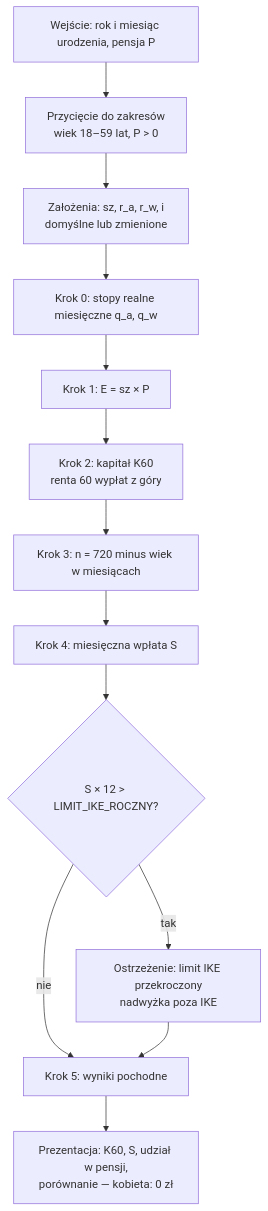
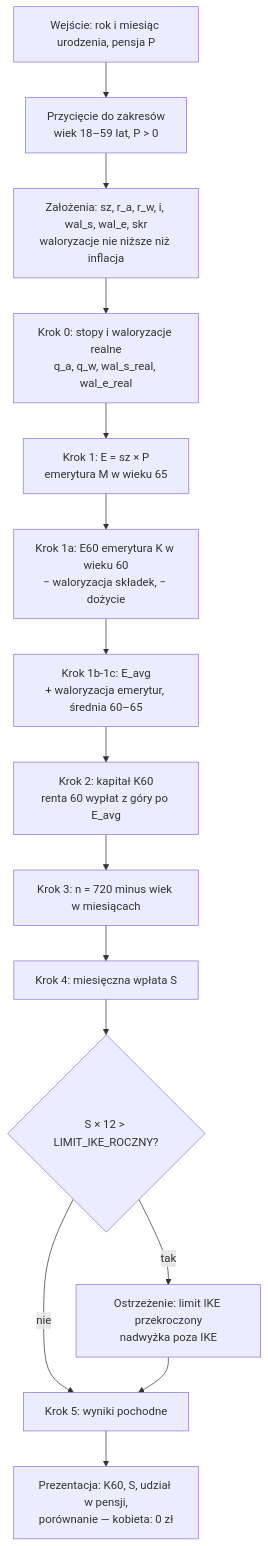
One commit to karol-gro/meska-emerytura changed the diagram in docs/IKE-ALGORYTM.md. Above: the diagram before and after it, drawn with Mermaid. The commit also changed other lines of this file and 13 other files, not shown here.

````diff
--- a/docs/IKE-ALGORYTM.md
+++ b/docs/IKE-ALGORYTM.md
@@ -125,15 +192,17 @@
 ```mermaid
 flowchart TD
     A[Wejście: rok i miesiąc urodzenia, pensja P] --> B[Przycięcie do zakresów<br/>wiek 18–59 lat, P > 0]
-    B --> C[Założenia: sz, r_a, r_w, i<br/>domyślne lub zmienione]
-    C --> D[Krok 0: stopy realne miesięczne q_a, q_w]
-    D --> E[Krok 1: E = sz × P]
-    E --> F[Krok 2: kapitał K60<br/>renta 60 wypłat z góry]
+    B --> C[Założenia: sz, r_a, r_w, i, wal_s, wal_e, skr<br/>waloryzacje nie niższe niż inflacja]
+    C --> D[Krok 0: stopy i waloryzacje realne<br/>q_a, q_w, wal_s_real, wal_e_real]
+    D --> E[Krok 1: E = sz × P<br/>emerytura M w wieku 65]
+    E --> E2[Krok 1a: E60 emerytura K w wieku 60<br/>− waloryzacja składek, − dożycie]
+    E2 --> E3[Krok 1b-1c: E_avg<br/>+ waloryzacja emerytur, średnia 60–65]
+    E3 --> F[Krok 2: kapitał K60<br/>renta 60 wypłat z góry po E_avg]
     F --> G[Krok 3: n = 720 minus wiek w miesiącach]
     G --> H[Krok 4: miesięczna wpłata S]
     H --> I{S × 12 > LIMIT_IKE_ROCZNY?}
     I -- tak --> I1[Ostrzeżenie: limit IKE przekroczony<br/>nadwyżka poza IKE]
     I -- nie --> J
     I1 --> J[Krok 5: wyniki pochodne]
     J --> K[Prezentacja: K60, S, udział w pensji,<br/>porównanie — kobieta: 0 zł]
 ```
````
